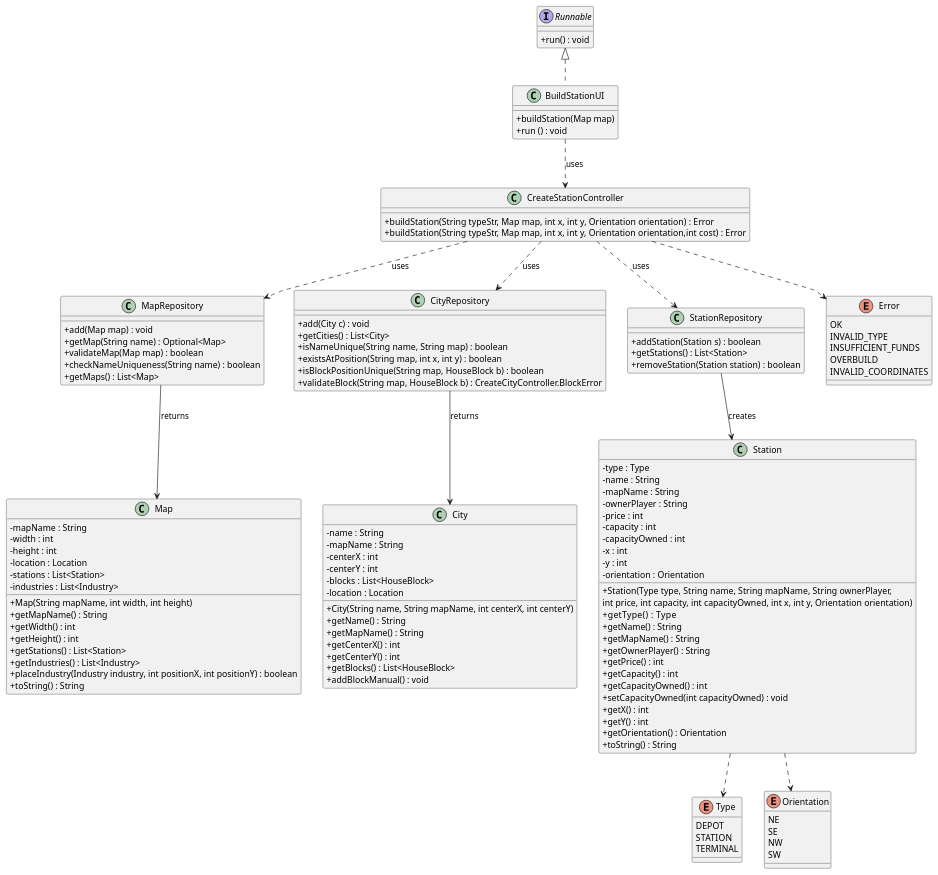
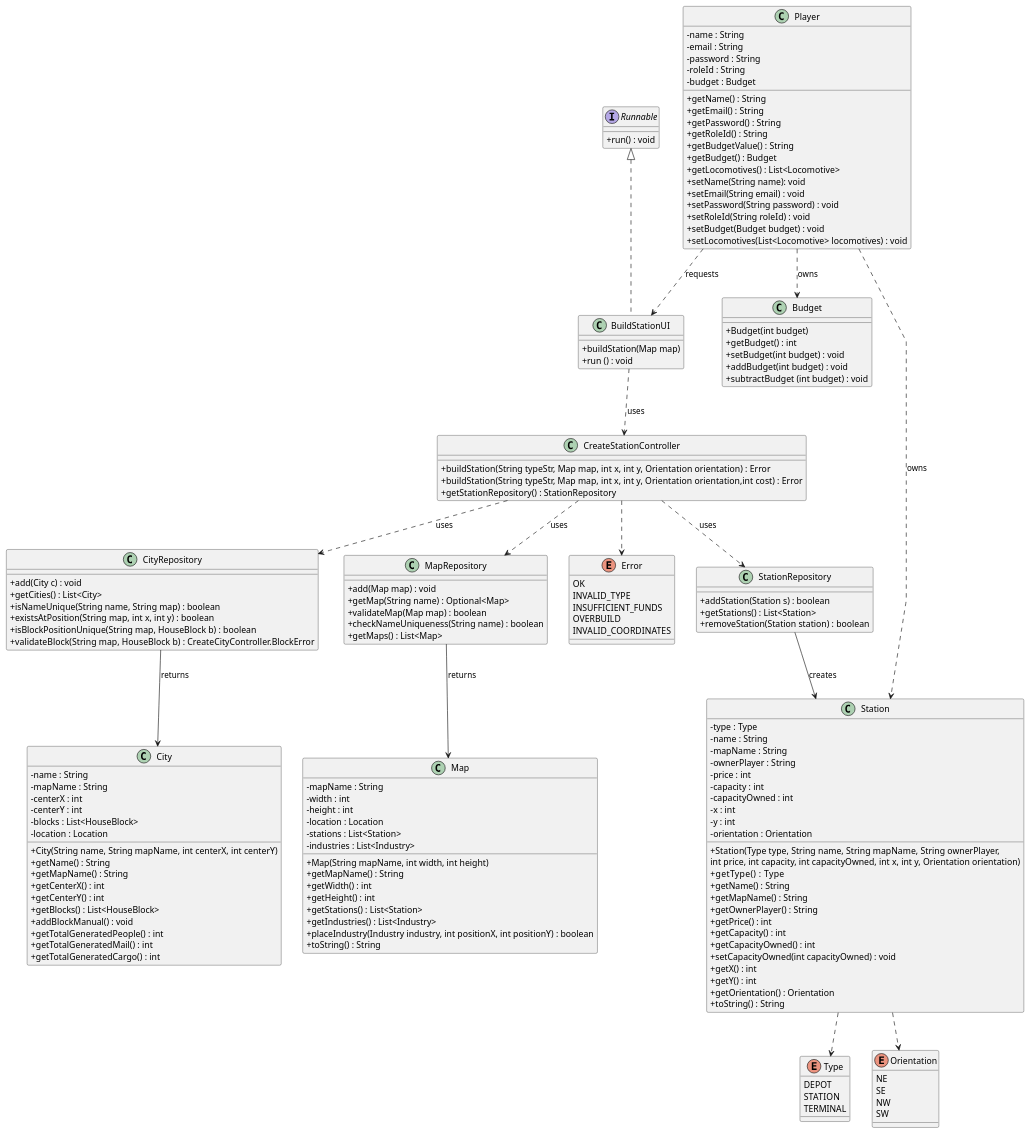
One commit to goncalolopesp/sem2-pi-24.25-g093-repo changed the diagram in docs/system-documentation/US005/03.design/puml/US005-CD.puml. Above: the diagram before and after it, drawn with PlantUML. The commit also changed 3 other files, not shown here.

```diff
--- a/docs/system-documentation/US005/03.design/puml/US005-CD.puml
+++ b/docs/system-documentation/US005/03.design/puml/US005-CD.puml
@@ -1,138 +1,175 @@
 @startuml US005-CD
 skinparam packageStyle rectangle
 skinparam shadowing false
 skinparam linetype polyline
 skinparam classAttributeIconSize 0
 
 class BuildStationUI implements Runnable {
   + buildStation(Map map)
   + run () : void
 
 }
 
 interface Runnable {
     + run() : void
 }
 
 class CreateStationController {
   + buildStation(String typeStr, Map map, int x, int y, Orientation orientation) : Error
   + buildStation(String typeStr, Map map, int x, int y, Orientation orientation,int cost) : Error
+  + getStationRepository() : StationRepository
 }
 
 class MapRepository {
   + add(Map map) : void
   + getMap(String name) : Optional<Map>
   + validateMap(Map map) : boolean
   + checkNameUniqueness(String name) : boolean
   + getMaps() : List<Map>
 }
 
 class CityRepository {
   + add(City c) : void
   + getCities() : List<City>
   + isNameUnique(String name, String map) : boolean
   + existsAtPosition(String map, int x, int y) : boolean
   + isBlockPositionUnique(String map, HouseBlock b) : boolean
   + validateBlock(String map, HouseBlock b) : CreateCityController.BlockError
 }
 
 class StationRepository {
   + addStation(Station s) : boolean
   + getStations() : List<Station>
   + removeStation(Station station) : boolean
 }
 
 class Map {
     - mapName : String
     - width : int
     - height : int
     - location : Location
     - stations : List<Station>
     - industries : List<Industry>
     + Map(String mapName, int width, int height)
     + getMapName() : String
     + getWidth() : int
     + getHeight() : int
     + getStations() : List<Station>
     + getIndustries() : List<Industry>
     + placeIndustry(Industry industry, int positionX, int positionY) : boolean
     + toString() : String
 }
 
 class City {
     - name : String
     - mapName : String
     - centerX : int
     - centerY : int
     - blocks : List<HouseBlock>
     - location : Location
     + City(String name, String mapName, int centerX, int centerY)
     + getName() : String
     + getMapName() : String
     + getCenterX() : int
     + getCenterY() : int
     + getBlocks() : List<HouseBlock>
     + addBlockManual() : void
+    + getTotalGeneratedPeople() : int
+    + getTotalGeneratedMail() : int
+    + getTotalGeneratedCargo() : int
 }
 
 class Station {
     - type : Type
     - name : String
     - mapName : String
     - ownerPlayer : String
     - price : int
     - capacity : int
     - capacityOwned : int
     - x : int
     - y : int
     - orientation : Orientation
     + Station(Type type, String name, String mapName, String ownerPlayer,
                          int price, int capacity, int capacityOwned, int x, int y, Orientation orientation)
     + getType()   : Type
     + getName() : String
     + getMapName() : String
     + getOwnerPlayer() : String
     + getPrice() : int
     + getCapacity() : int
     + getCapacityOwned() : int
     + setCapacityOwned(int capacityOwned) : void
     + getX() : int
     + getY() : int
     + getOrientation() : Orientation
     + toString() : String
 
 }
 
 enum  Type{
     DEPOT
     STATION
     TERMINAL
 }
 
 enum  Orientation{
     NE
     SE
     NW
     SW
 }
 
 enum Error {
     OK
     INVALID_TYPE
     INSUFFICIENT_FUNDS
     OVERBUILD
     INVALID_COORDINATES
 }
 
+class Player {
+    - name : String
+    - email : String
+    - password : String
+    - roleId : String
+    - budget : Budget
+    + getName() : String
+    + getEmail() : String
+    + getPassword() : String
+    + getRoleId() : String
+    + getBudgetValue() : String
+    + getBudget() : Budget
+    + getLocomotives() : List<Locomotive>
+    + setName(String name): void
+    + setEmail(String email) : void
+    + setPassword(String password) : void
+    + setRoleId(String roleId) : void
+    + setBudget(Budget budget) : void
+    + setLocomotives(List<Locomotive> locomotives) : void
+
+}
+
+class Budget {
+    + Budget(int budget)
+    + getBudget() : int
+    + setBudget(int budget) : void
+    + addBudget(int budget) : void
+    + subtractBudget (int budget) : void
+}
+
 BuildStationUI ..> CreateStationController : uses
 CreateStationController ..> MapRepository    : uses
 CreateStationController ..> CityRepository   : uses
 CreateStationController ..> StationRepository: uses
 Station ..> Type
 Station ..> Orientation
 CreateStationController ..> Error
 MapRepository --> Map : returns
 CityRepository --> City : returns
 StationRepository --> Station : creates
+Player ..> Budget : owns
+Player ..> Station : owns
+Player ..> BuildStationUI : requests
 
 @enduml
```
